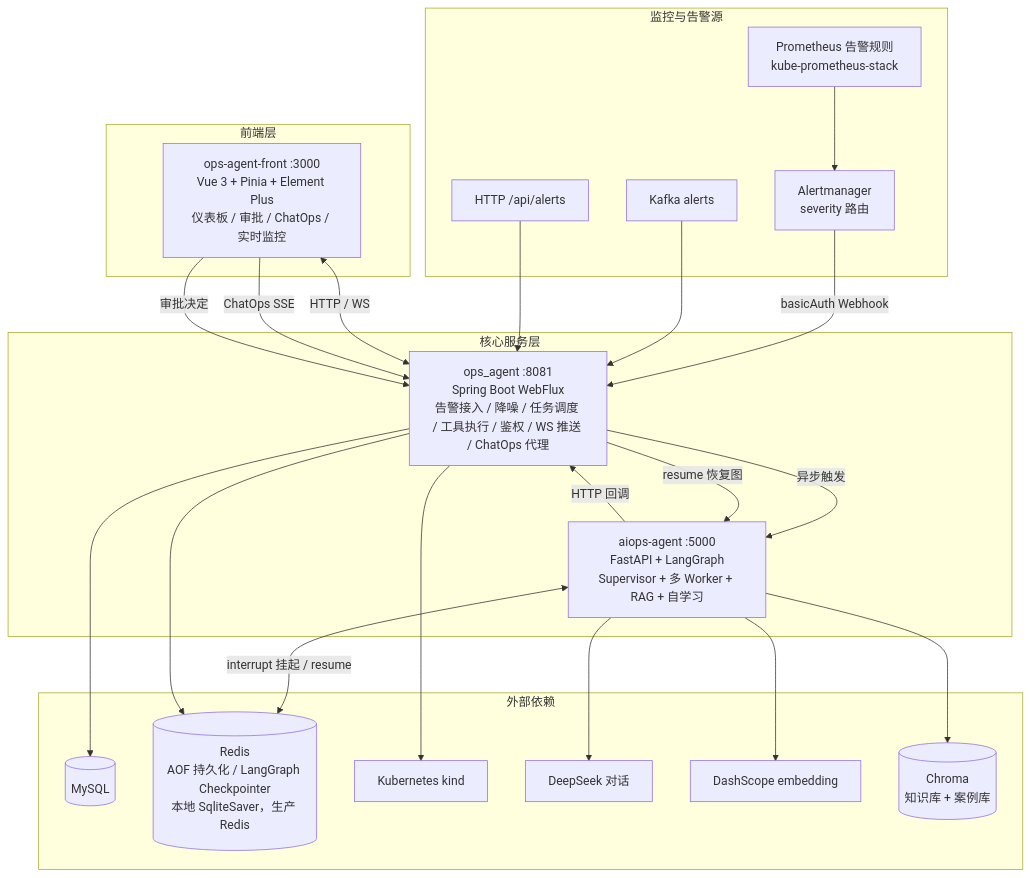
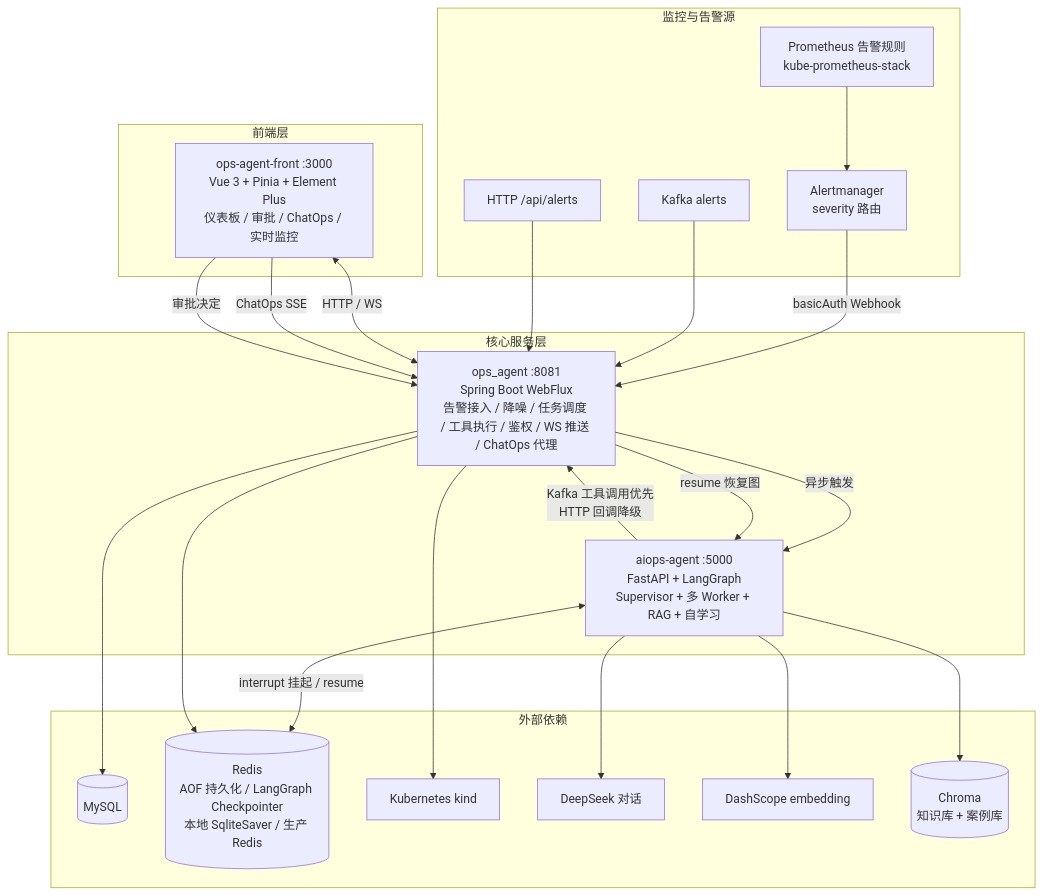
One commit to scwjsdgs/AiOps changed the first of 2 diagrams in README.md. Above: the diagram before and after it, drawn with Mermaid. The commit also changed other lines of this file and 18 other files, not shown here.

````diff
--- a/README.md
+++ b/README.md
@@ -36,45 +36,45 @@
 ```mermaid
 flowchart TB
     subgraph 监控与告警源
         PR[Prometheus 告警规则<br>kube-prometheus-stack]
         AM[Alertmanager<br>severity 路由]
         K[Kafka alerts]
         H[HTTP /api/alerts]
     end
 
     subgraph 前端层
         F[ops-agent-front :3000<br>Vue 3 + Pinia + Element Plus<br>仪表板 / 审批 / ChatOps / 实时监控]
     end
 
     subgraph 核心服务层
         J[ops_agent :8081<br>Spring Boot WebFlux<br>告警接入 / 降噪 / 任务调度 / 工具执行 / 鉴权 / WS 推送 / ChatOps 代理]
         P[aiops-agent :5000<br>FastAPI + LangGraph<br>Supervisor + 多 Worker + RAG + 自学习]
     end
 
     subgraph 外部依赖
         DB[(MySQL)]
-        R[(Redis<br>AOF 持久化 / LangGraph Checkpointer<br>本地 SqliteSaver，生产 Redis)]
+        R[(Redis<br>AOF 持久化 / LangGraph Checkpointer<br>本地 SqliteSaver / 生产 Redis)]
         K8S[Kubernetes kind]
         LLM[DeepSeek 对话]
         EMB[DashScope embedding]
         CH[(Chroma<br>知识库 + 案例库)]
     end
 
     PR --> AM
     AM -->|basicAuth Webhook| J
     K --> J
     H --> J
     F <-->|HTTP / WS| J
     F -->|ChatOps SSE| J
     J -->|异步触发| P
     F -->|审批决定| J
     J -->|resume 恢复图| P
-    P -->|HTTP 回调| J
+    P -->|Kafka 工具调用优先<br>HTTP 回调降级| J
     P <-->|interrupt 挂起 / resume| R
     J --> DB
     J --> R
     J --> K8S
     P --> LLM
     P --> EMB
     P --> CH
 ```
````
